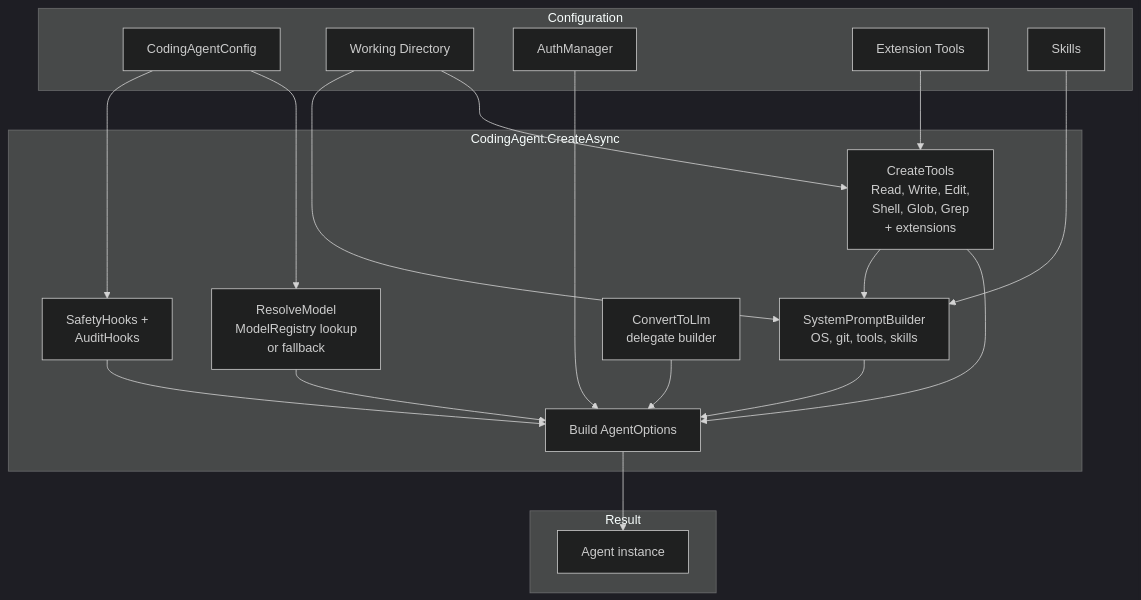
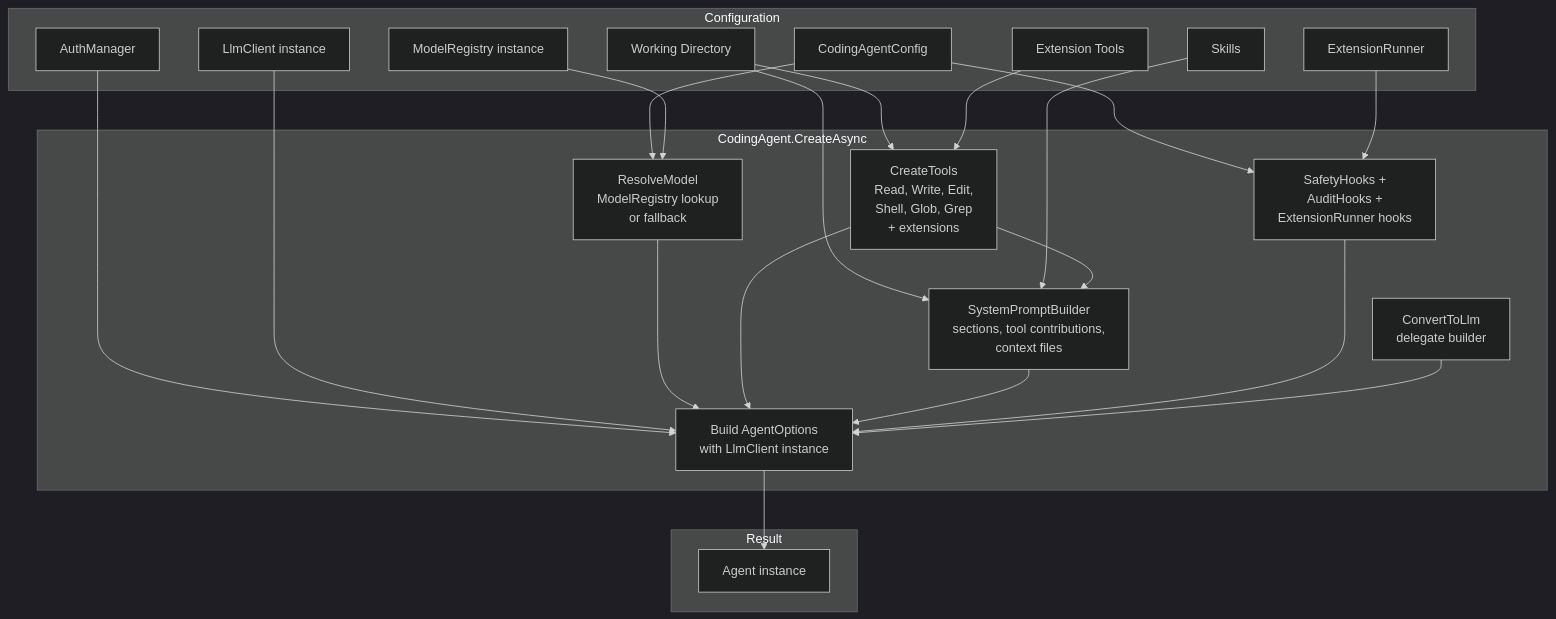
Before and after one commit to larry-fox-lobster/botnexus: the first of 2 diagrams in docs/training/05-coding-agent.md, drawn with Mermaid (dark theme). The commit also changed other lines of this file and 6 other files, not shown here.

````diff
--- a/docs/training/05-coding-agent.md
+++ b/docs/training/05-coding-agent.md
@@ -34,39 +37,45 @@
 ```mermaid
 graph TB
     subgraph Input["Configuration"]
         Config[CodingAgentConfig]
         WD[Working Directory]
         AuthMgr[AuthManager]
+        LLC[LlmClient instance]
+        MR[ModelRegistry instance]
+        ExtRunner[ExtensionRunner]
         ExtTools[Extension Tools]
         Skills[Skills]
     end
 
     subgraph Factory["CodingAgent.CreateAsync"]
         ResolveModel[ResolveModel<br/>ModelRegistry lookup<br/>or fallback]
         CreateTools[CreateTools<br/>Read, Write, Edit,<br/>Shell, Glob, Grep<br/>+ extensions]
-        BuildPrompt[SystemPromptBuilder<br/>OS, git, tools, skills]
-        CreateHooks[SafetyHooks +<br/>AuditHooks]
+        BuildPrompt[SystemPromptBuilder<br/>sections, tool contributions,<br/>context files]
+        CreateHooks[SafetyHooks +<br/>AuditHooks +<br/>ExtensionRunner hooks]
         BuildConvert[ConvertToLlm<br/>delegate builder]
-        AssembleOpts[Build AgentOptions]
+        AssembleOpts[Build AgentOptions<br/>with LlmClient instance]
     end
 
     subgraph Output["Result"]
         Agent[Agent instance]
     end
 
     Config --> ResolveModel
     Config --> CreateHooks
     WD --> CreateTools
     WD --> BuildPrompt
     ExtTools --> CreateTools
+    ExtRunner --> CreateHooks
     Skills --> BuildPrompt
     AuthMgr --> AssembleOpts
+    LLC --> AssembleOpts
+    MR --> ResolveModel
 
     ResolveModel --> AssembleOpts
     CreateTools --> AssembleOpts
     CreateTools --> BuildPrompt
     BuildPrompt --> AssembleOpts
     CreateHooks --> AssembleOpts
     BuildConvert --> AssembleOpts
     AssembleOpts --> Agent
 ```
````
